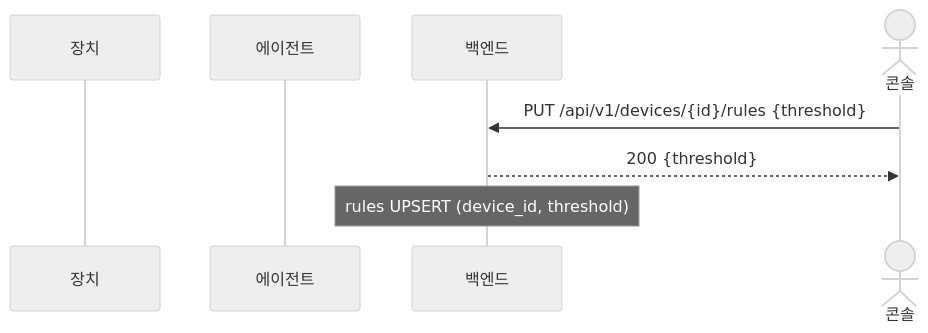
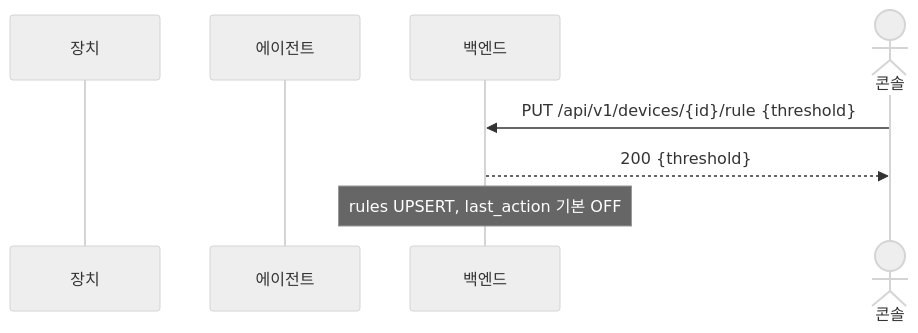
The sixth of 11 diagrams in docs/seq_diagrams.md (AlwaysEden/SV-Project), drawn with Mermaid (neutral theme) before and after one commit. The commit also changed other lines of this file and 1 other file, not shown here.

Commit message:
docs: 설계문서 추가, 시퀀스 다이어그램 보강

````diff
--- a/docs/seq_diagrams.md
+++ b/docs/seq_diagrams.md
@@ -121,11 +145,11 @@
 ```mermaid
 sequenceDiagram
     participant Device as 장치
     participant Agent as 에이전트
     participant Backend as 백엔드
     actor Console as 콘솔
 
-    Console->>Backend: PUT /api/v1/devices/{id}/rules {threshold}
+    Console->>Backend: PUT /api/v1/devices/{id}/rule {threshold}
     Backend-->>Console: 200 {threshold}
-    Note over Backend: rules UPSERT (device_id, threshold)
+    Note over Backend: rules UPSERT, last_action 기본 OFF
 ```
````
